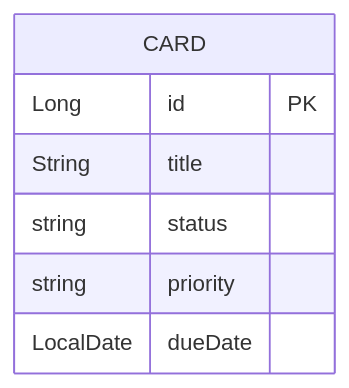
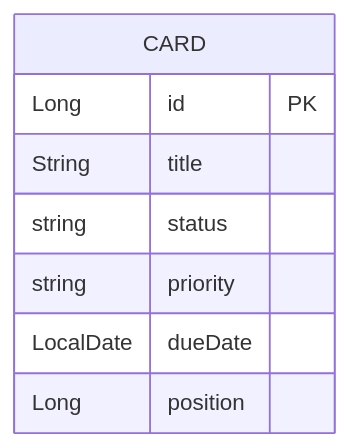
The diagram in docs/database.md (takahiromorikawa/TaskManagement), drawn with Mermaid before and after one commit. The commit also changed other lines of this file and 11 other files, not shown here.

````diff
--- a/docs/database.md
+++ b/docs/database.md
@@ -26,10 +26,11 @@
 ```mermaid
 erDiagram
     CARD {
         Long id PK
         String title
         string status
         string priority
         LocalDate dueDate
+        Long position
     }
 ```
````
